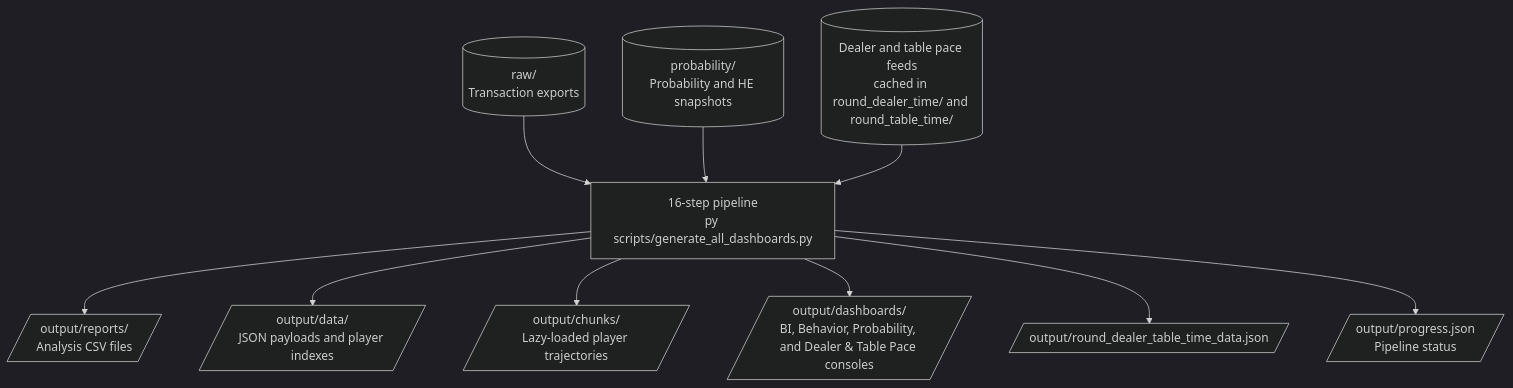
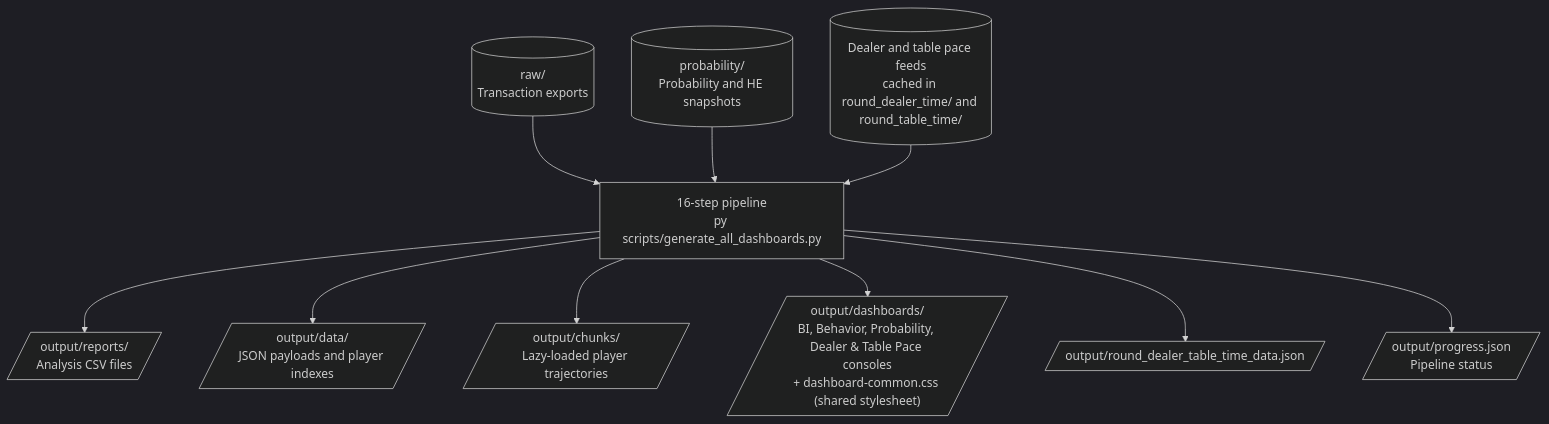
Before and after one commit to MagusZealot/August-2026: the diagram in data/README.md, drawn with Mermaid (dark theme). The commit also changed 7 other files, not shown here.

First line of the commit message:
Add shared stylesheet for consistent dashboard styling

````diff
--- a/data/README.md
+++ b/data/README.md
@@ -56,18 +56,18 @@
 ```mermaid
 flowchart TD
     RAW[("raw/<br/>Transaction exports")]
     PROB[("probability/<br/>Probability and HE snapshots")]
     PACE[("Dealer and table pace feeds<br/>cached in round_dealer_time/ and round_table_time/")]
     PIPE["16-step pipeline<br/>py scripts/generate_all_dashboards.py"]
 
     RAW --> PIPE
     PROB --> PIPE
     PACE --> PIPE
 
     PIPE --> REPORTS[/"output/reports/<br/>Analysis CSV files"/]
     PIPE --> DATA[/"output/data/<br/>JSON payloads and player indexes"/]
     PIPE --> CHUNKS[/"output/chunks/<br/>Lazy-loaded player trajectories"/]
-    PIPE --> DASH[/"output/dashboards/<br/>BI, Behavior, Probability, and Dealer &amp; Table Pace consoles"/]
+    PIPE --> DASH[/"output/dashboards/<br/>BI, Behavior, Probability, Dealer &amp; Table Pace consoles<br/>+ dashboard-common.css (shared stylesheet)"/]
     PIPE --> PACE_OUT[/"output/round_dealer_table_time_data.json"/]
     PIPE --> PROGRESS[/"output/progress.json<br/>Pipeline status"/]
 ```
````
